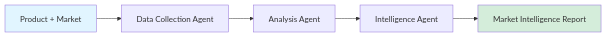
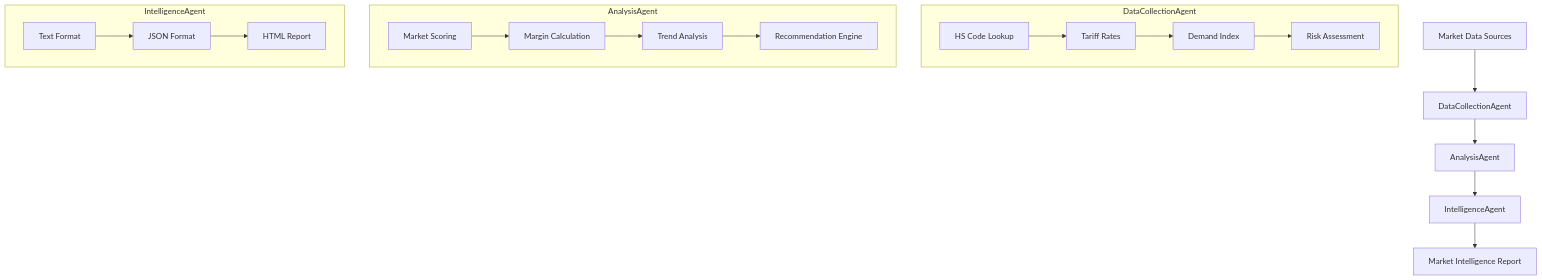
One commit to mrningzeoutlook-pixel/tradescope changed the diagram in README.md. Above: the diagram before and after it, drawn with Mermaid. The commit also changed other lines of this file and 10 other files, not shown here.

````diff
--- a/README.md
+++ b/README.md
@@ -19,10 +14,24 @@
 ```mermaid
-graph LR
-    A[Product + Market] --> B[Data Collection Agent]
-    B --> C[Analysis Agent]
-    C --> D[Intelligence Agent]
+graph TD
+    A[Market Data Sources] --> B[DataCollectionAgent]
+    B --> C[AnalysisAgent]
+    C --> D[IntelligenceAgent]
     D --> E[Market Intelligence Report]
-    
-    style A fill:#e1f5ff
-    style E fill:#d4edda
+
+    subgraph DataCollectionAgent
+        B1[HS Code Lookup] --> B2[Tariff Rates]
+        B2 --> B3[Demand Index]
+        B3 --> B4[Risk Assessment]
+    end
+
+    subgraph AnalysisAgent
+        C1[Market Scoring] --> C2[Margin Calculation]
+        C2 --> C3[Trend Analysis]
+        C3 --> C4[Recommendation Engine]
+    end
+
+    subgraph IntelligenceAgent
+        D1[Text Format] --> D2[JSON Format]
+        D2 --> D3[HTML Report]
+    end
 ```
````
